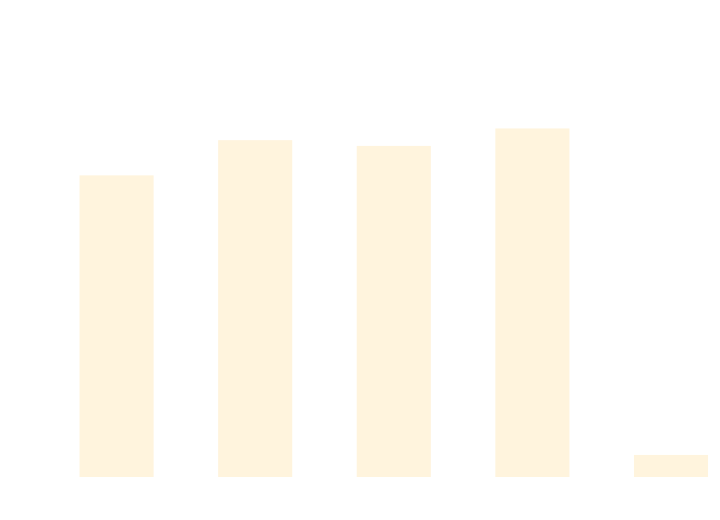
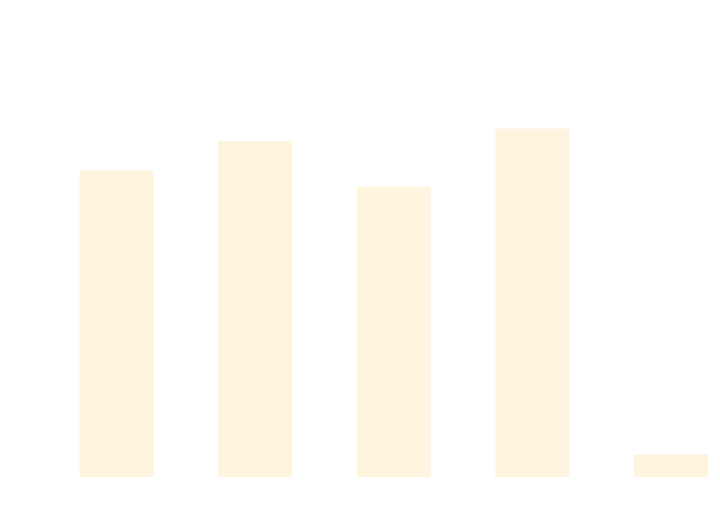
Before and after one commit to thomhurst/TUnit: the diagram in docs/docs/benchmarks/DataDrivenTests.md, drawn with Mermaid. The commit also changed other lines of this file and 17 other files, not shown here.

````diff
--- a/docs/docs/benchmarks/DataDrivenTests.md
+++ b/docs/docs/benchmarks/DataDrivenTests.md
@@ -27,37 +27,37 @@
 ```mermaid
 %%{init: {
   'theme':'base',
   'themeVariables': {
     'primaryColor': '#2563eb',
     'primaryTextColor': '#ffffff',
     'primaryBorderColor': '#1e40af',
     'lineColor': '#6b7280',
     'secondaryColor': '#7c3aed',
     'tertiaryColor': '#dc2626',
     'background': '#ffffff',
     'mainBkg': '#2563eb',
     'secondBkg': '#7c3aed',
     'tertiaryBkg': '#dc2626',
     'clusterBkg': '#f3f4f6',
     'edgeLabelBackground': '#ffffff',
     'tertiaryTextColor': '#1f2937',
     'pie1': '#2563eb',
     'pie2': '#7c3aed',
     'pie3': '#dc2626',
     'pie4': '#f59e0b',
     'pie5': '#10b981',
     'pie6': '#06b6d4',
     'pie7': '#ec4899',
     'pie8': '#6366f1',
     'pie9': '#84cc16',
     'pie10': '#f97316',
     'pie11': '#14b8a6',
     'pie12': '#a855f7'
   }
 }}%%
 xychart-beta
   title "DataDrivenTests Performance Comparison"
   x-axis ["TUnit", "NUnit", "MSTest", "xUnit3", "TUnit_AOT"]
-  y-axis "Time (ms)" 0 --> 697
-  bar [500.39, 560.39, 550.59, 580.34, 23.97]
+  y-axis "Time (ms)" 0 --> 693
+  bar [506.12, 555.81, 478.2, 576.86, 24.72]
 ```
````
